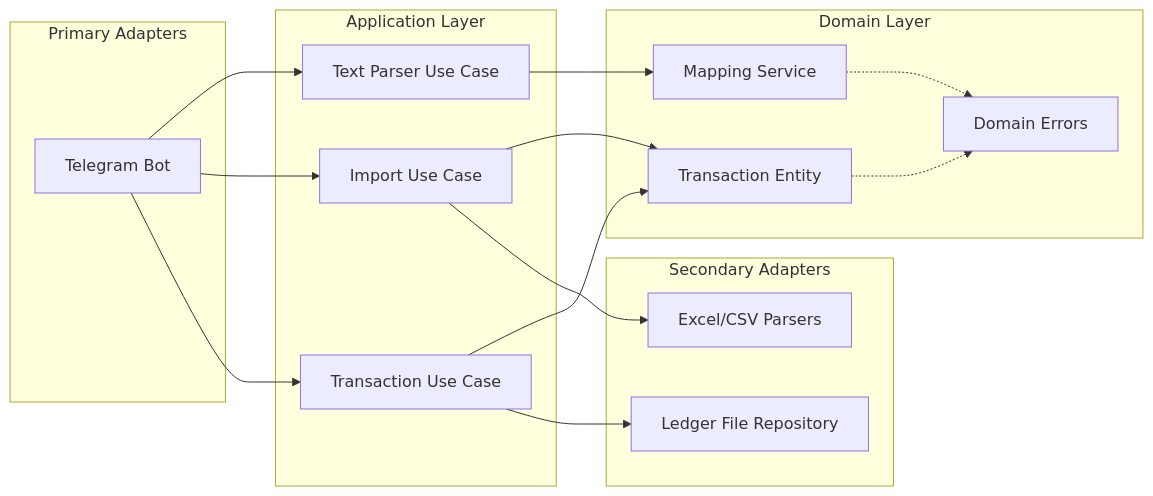
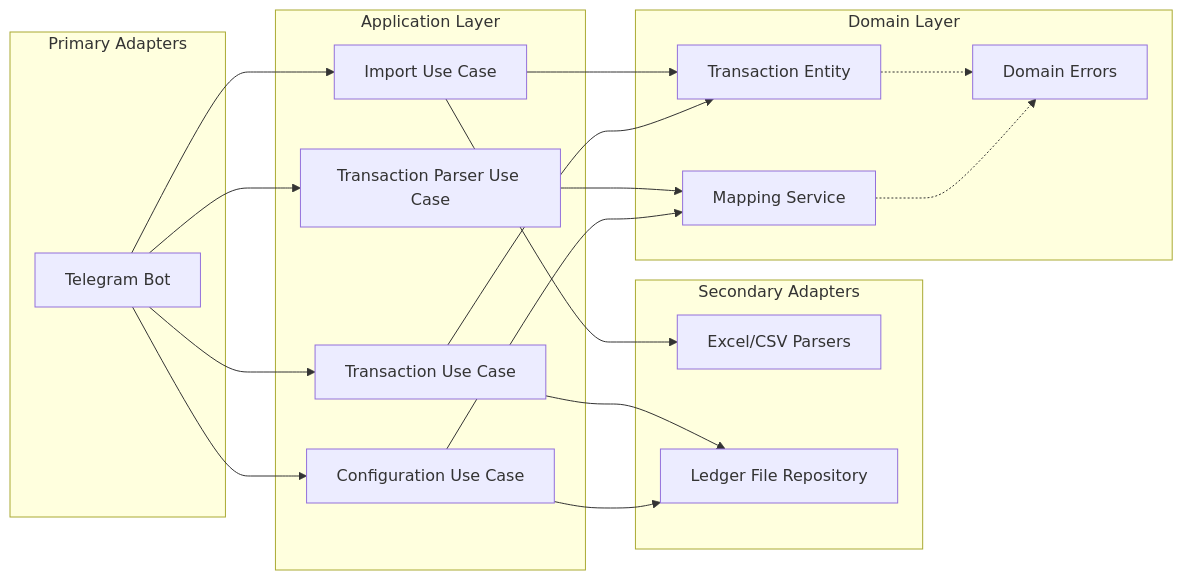
One commit to pan-narrans/finance-app changed the diagram in docs/architecture.md. Above: the diagram before and after it, drawn with Mermaid. The commit also changed other lines of this file and 36 other files, not shown here.

````diff
--- a/docs/architecture.md
+++ b/docs/architecture.md
@@ -6,41 +6,45 @@
 ```mermaid
 graph LR
     subgraph Primary Adapters
         TBot[Telegram Bot]
     end
 
     subgraph Secondary Adapters
         EP[Excel/CSV Parsers]
         LR[Ledger File Repository]
     end
     
     subgraph Application Layer
         IUC[Import Use Case]
-        TPUC[Text Parser Use Case]
+        TPUC[Transaction Parser Use Case]
         TUC[Transaction Use Case]
+        CUC[Configuration Use Case]
     end
 
     subgraph Domain Layer
         DMS[Mapping Service]
         DT[Transaction Entity]
         DE[Domain Errors]
     end
 
     %% Primary to Application
     TBot --> TPUC
     TBot --> IUC
     TBot --> TUC
+    TBot --> CUC
 
     %% Application to Domain
     TPUC --> DMS
     IUC  --> DT
     TUC  --> DT
+    CUC  --> DMS
 
     %% Component links inside Domain
     DT  -.-> DE
     DMS -.-> DE
 
     %% Application to Secondary
     IUC --> EP
     TUC --> LR
+    CUC --> LR
 ```
````
